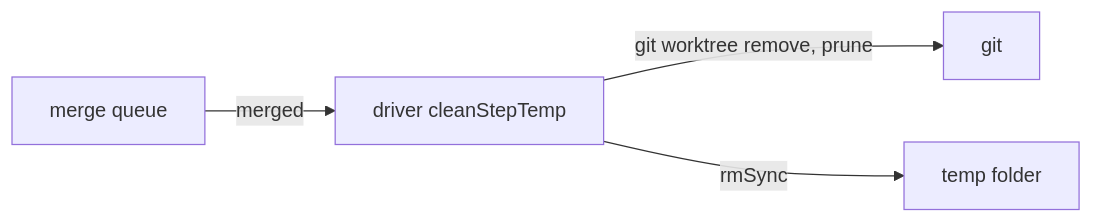
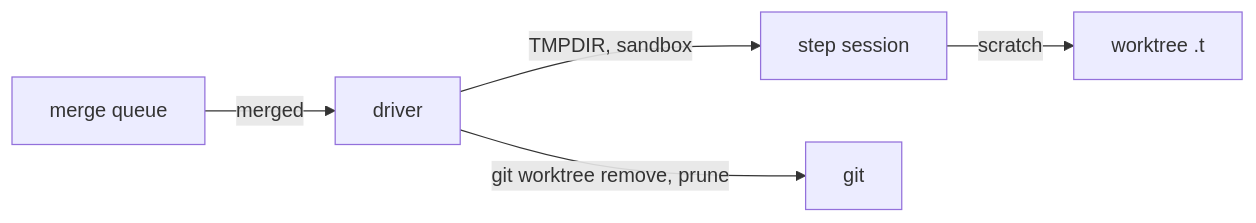
The diagram in plan/current/execution-plan.md (RAVINTIO/ravintio-zero), drawn with Mermaid before and after one commit. The commit also changed other lines of this file and 29 other files, not shown here.

Commit message:
0000583: Revise plan, ADR, and docs for the private temp folder

````diff
--- a/plan/current/execution-plan.md
+++ b/plan/current/execution-plan.md
@@ -41,6 +43,7 @@
 ```mermaid
 flowchart LR
-    Q[merge queue] -->|merged| D[driver cleanStepTemp]
+    D[driver] -->|TMPDIR, sandbox| S[step session]
+    S -->|scratch| T[worktree .t]
+    Q[merge queue] -->|merged| D
     D -->|git worktree remove, prune| G[git]
-    D -->|rmSync| T[temp folder]
 ```
````
